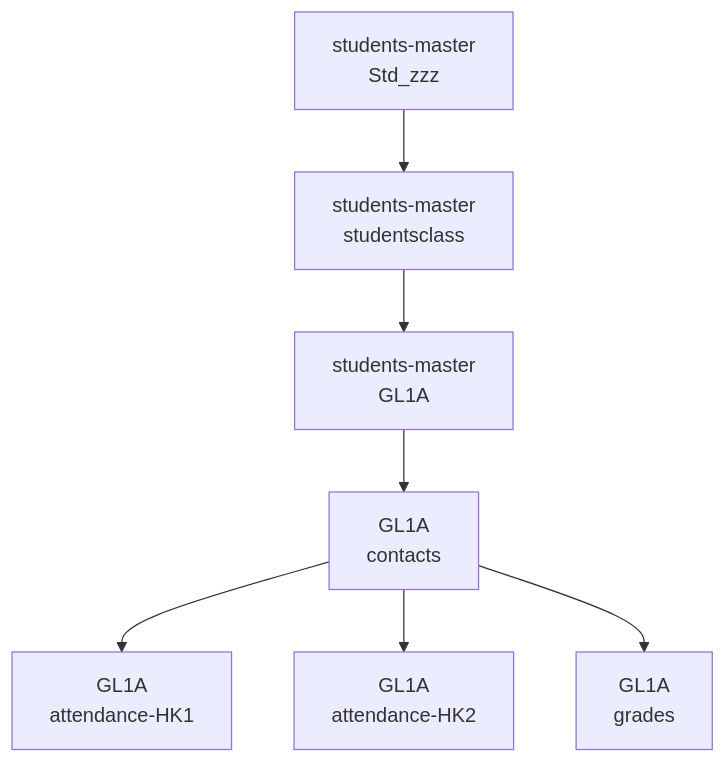
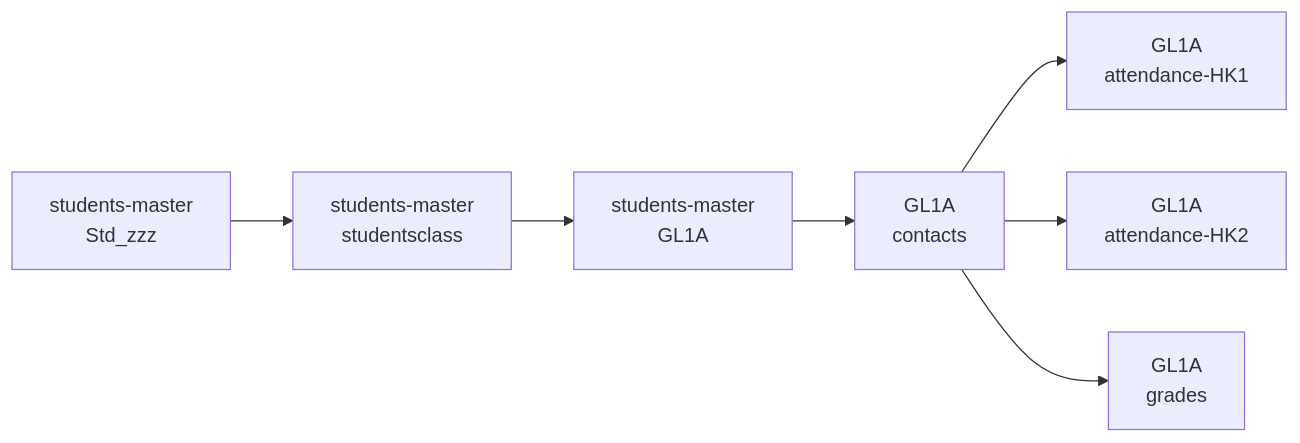
The first of 4 diagrams in admin-README.md (hungple/GLVN-database), drawn with Mermaid before and after one commit. The commit also changed other lines of this file, not shown here.

````diff
--- a/admin-README.md
+++ b/admin-README.md
@@ -136,17 +136,17 @@
 ```mermaid
-flowchart TD
+flowchart LR
     A["students-master<br/>Std_zzz"]
     B["students-master<br/>studentsclass"]
     C["students-master<br/>GL1A"]
     D["GL1A<br/>contacts"]
     E["GL1A<br/>attendance-HK1"]
     F["GL1A<br/>attendance-HK2"]
     G["GL1A<br/>grades"]
 
     A --> B
     B --> C
     C --> D
     D --> E
     D --> F
     D --> G
 ```
````
